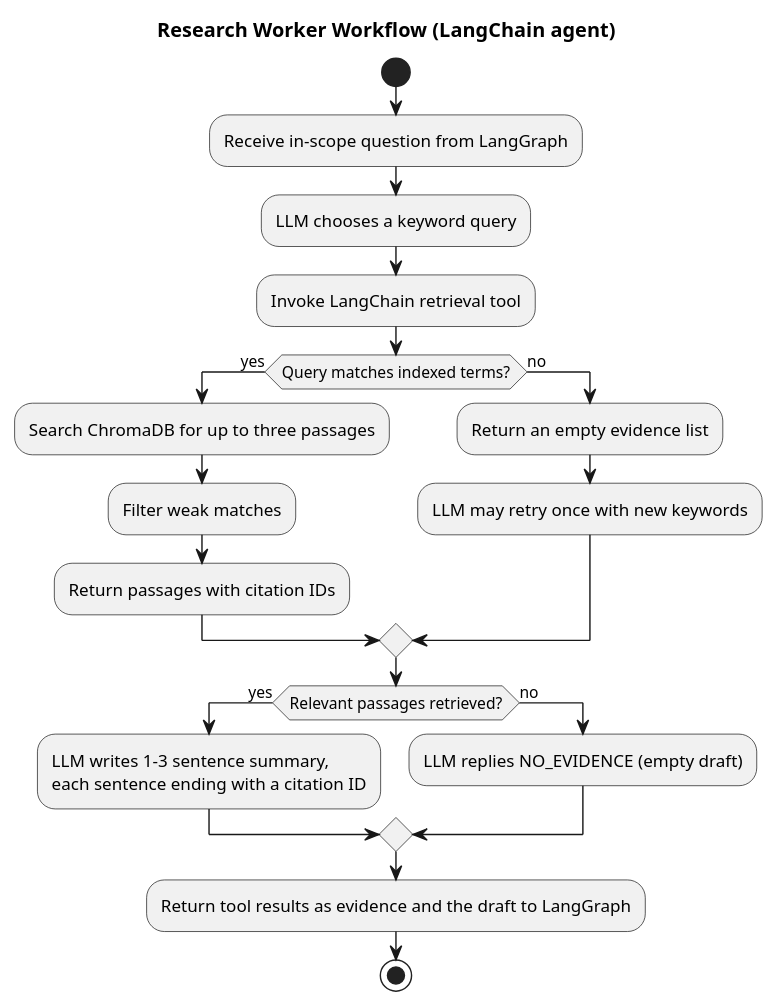
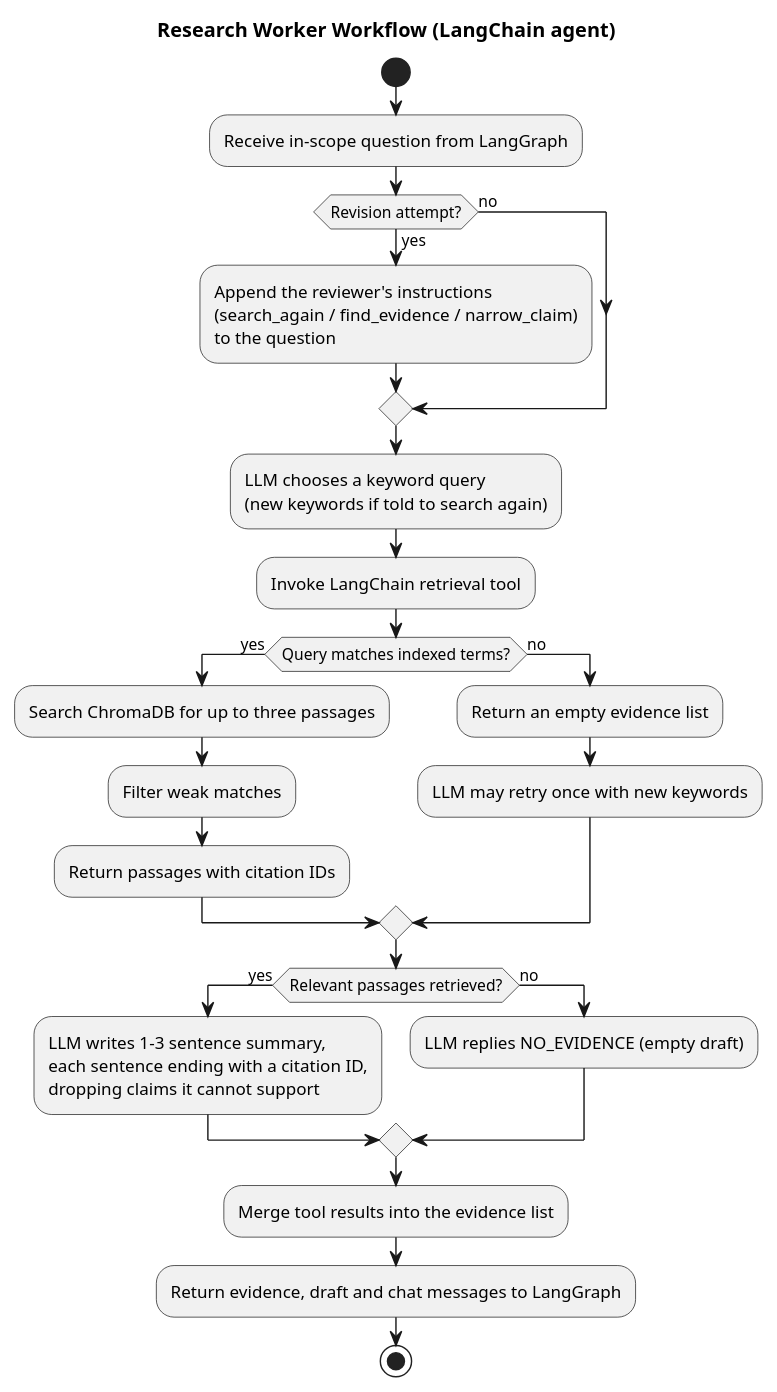
The diagram in diagrams/research_workflow.puml (vkulesh-netizen/group-1), drawn with PlantUML before and after one commit. The commit also changed 49 other files, not shown here.

```diff
--- a/diagrams/research_workflow.puml
+++ b/diagrams/research_workflow.puml
@@ -1,28 +1,39 @@
 @startuml
 title Research Worker Workflow (LangChain agent)
 
 start
 :Receive in-scope question from LangGraph;
-:LLM chooses a keyword query;
+
+if (Revision attempt?) then (yes)
+    :Append the reviewer's instructions
+    (search_again / find_evidence / narrow_claim)
+    to the question;
+else (no)
+endif
+
+:LLM chooses a keyword query
+(new keywords if told to search again);
 :Invoke LangChain retrieval tool;
 
 if (Query matches indexed terms?) then (yes)
     :Search ChromaDB for up to three passages;
     :Filter weak matches;
     :Return passages with citation IDs;
 else (no)
     :Return an empty evidence list;
     :LLM may retry once with new keywords;
 endif
 
 if (Relevant passages retrieved?) then (yes)
     :LLM writes 1-3 sentence summary,
-    each sentence ending with a citation ID;
+    each sentence ending with a citation ID,
+    dropping claims it cannot support;
 else (no)
     :LLM replies NO_EVIDENCE (empty draft);
 endif
 
-:Return tool results as evidence and the draft to LangGraph;
+:Merge tool results into the evidence list;
+:Return evidence, draft and chat messages to LangGraph;
 stop
 
 @enduml
```
